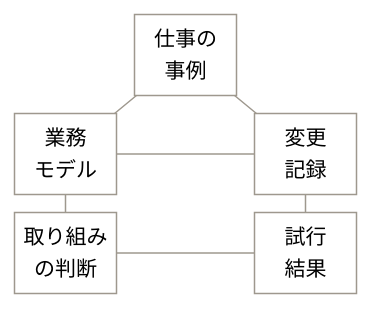
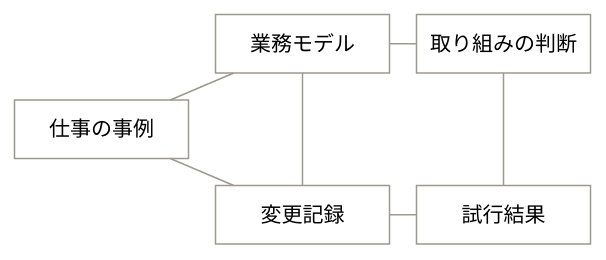
Before and after one commit to maakbo/fde: the fourth of 4 diagrams in experiments/fde-product-pivot/visualization/README.md, drawn with Mermaid.

Commit message:
Give information concepts a balanced horizontal arrangement

````diff
--- a/experiments/fde-product-pivot/visualization/README.md
+++ b/experiments/fde-product-pivot/visualization/README.md
@@ -197,33 +197,33 @@
 ```mermaid
 ---
 config:
   theme: base
-  themeCSS: ".nodeLabel, .nodeLabel p { font-family: Inter, Hiragino Sans, sans-serif !important; font-size: 14px !important; }"
+  themeCSS: ".nodeLabel, .nodeLabel p { font-family: Inter, Hiragino Sans, sans-serif !important; font-size: 14px !important; line-height: 2.3 !important; }"
   block:
-    padding: 12
+    padding: 18
   flowchart:
     curve: linear
   themeVariables:
     background: "#FFFFFF"
     primaryColor: "#FFFFFF"
     primaryTextColor: "#25231F"
     primaryBorderColor: "#9E988E"
     lineColor: "#9E988E"
     fontFamily: "Inter, Hiragino Sans, sans-serif"
     fontSize: "14px"
 ---
 block-beta
   %% 関連線は根拠・参照先の関係。手順や多重度ではない。
   columns 3
-  space i_work_example["仕事の<br/>事例"] space
-  i_work_model["業務<br/>モデル"] space i_change["変更<br/>記録"]
-  i_direction["取り組み<br/>の判断"] space i_trial["試行<br/>結果"]
+  space i_work_model["業務モデル"] i_direction["取り組みの判断"]
+  i_work_example["仕事の事例"] space space
+  space i_change["変更記録"] i_trial["試行結果"]
   i_work_example --- i_work_model
   i_work_model --- i_direction
   i_direction --- i_trial
   i_trial --- i_change
   i_work_example --- i_change
   i_work_model --- i_change
   classDef info fill:#FFFFFF,stroke:#9E988E,stroke-width:1px,color:#25231F;
   class i_work_example,i_work_model,i_direction,i_trial,i_change info;
 ```
````
